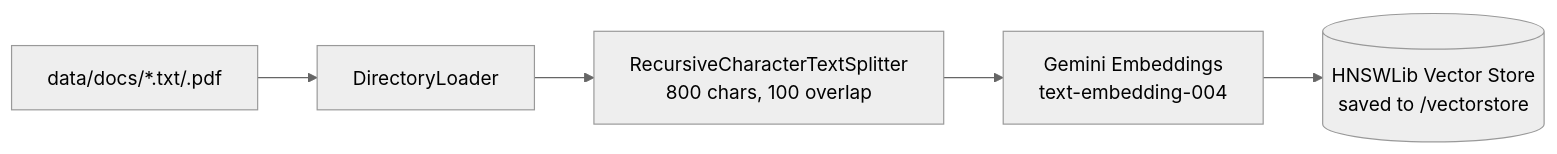
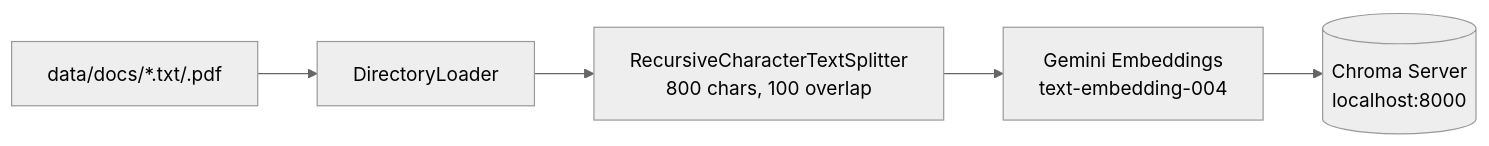
Before and after one commit to subham-dev-hash/Backend_Interview: the fourth of 6 diagrams in gen-ai/docs/docbot.md, drawn with Mermaid (neutral theme). The commit also changed other lines of this file and 3 other files, not shown here.

````diff
--- a/gen-ai/docs/docbot.md
+++ b/gen-ai/docs/docbot.md
@@ -356,7 +385,7 @@
 ```mermaid
 flowchart LR
     A[data/docs/*.txt/.pdf] --> B[DirectoryLoader]
     B --> C[RecursiveCharacterTextSplitter<br/>800 chars, 100 overlap]
     C --> D[Gemini Embeddings<br/>text-embedding-004]
-    D --> E[(HNSWLib Vector Store<br/>saved to /vectorstore)]
+    D --> E[(Chroma Server<br/>localhost:8000)]
 ```
````
